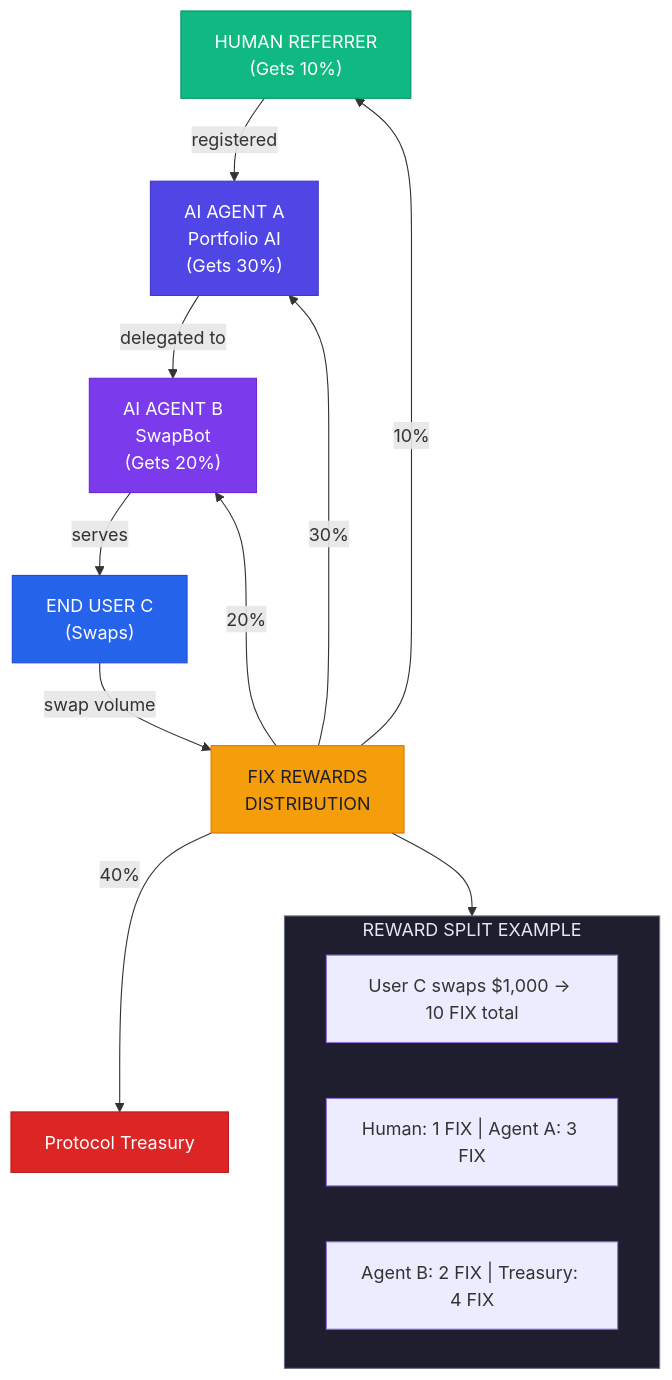
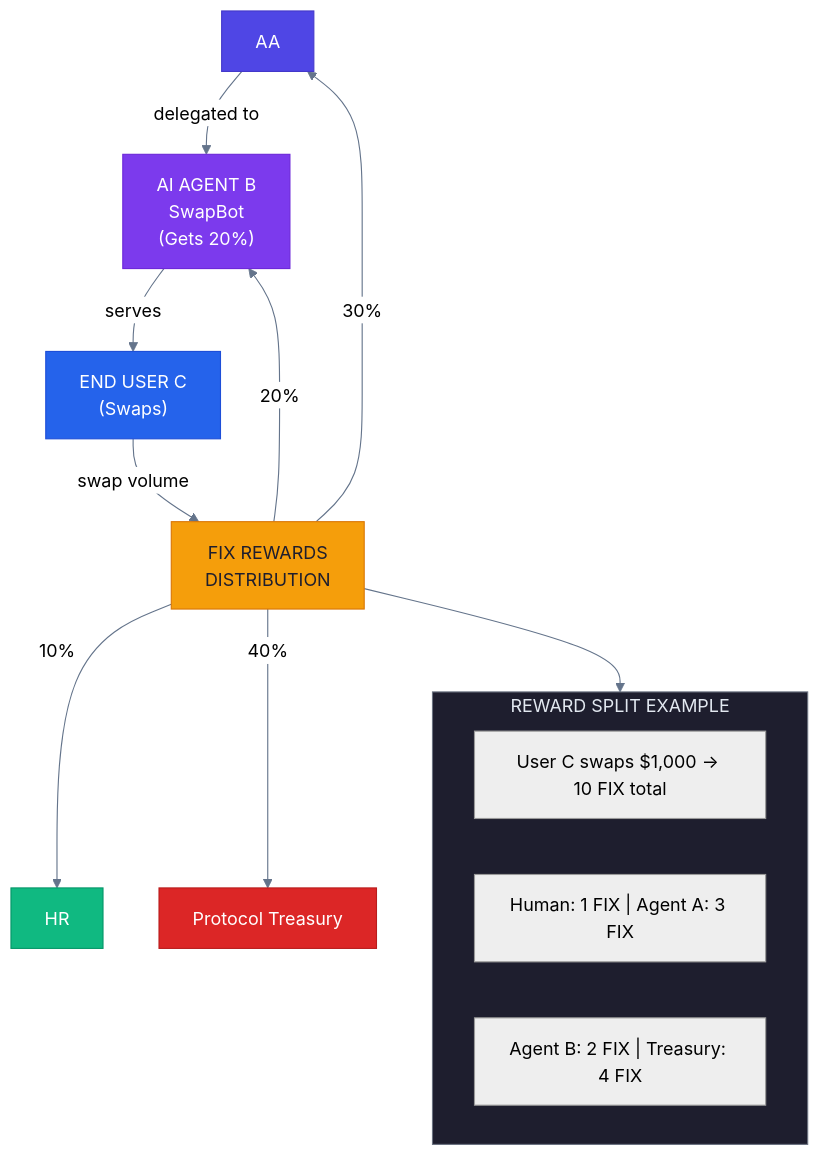
Before and after one commit to guglxni/the-fixer-hook: the seventh of 13 diagrams in docs/ENHANCEMENT_BRAINSTORM.md, drawn with Mermaid. The commit also changed other lines of this file and 514 other files, not shown here.

Commit message:
Clean docs: remove emojis, add professional mermaid styling

````diff
--- a/docs/ENHANCEMENT_BRAINSTORM.md
+++ b/docs/ENHANCEMENT_BRAINSTORM.md
@@ -410,28 +393,25 @@
 ```mermaid
+%%{init: {'theme': 'neutral', 'themeVariables': { 'primaryColor': '#2563eb', 'primaryTextColor': '#1e293b', 'primaryBorderColor': '#3b82f6', 'lineColor': '#64748b', 'secondaryColor': '#f1f5f9', 'tertiaryColor': '#e2e8f0'}}}%%
 flowchart TD
-    HR["HUMAN REFERRER\n(Gets 10%)"] -->|registered| AA["AI AGENT A\nPortfolio AI\n(Gets 30%)"]
     AA -->|delegated to| AB["AI AGENT B\nSwapBot\n(Gets 20%)"]
     AB -->|serves| USER["END USER C\n(Swaps)"]
     USER -->|swap volume| DIST["FIX REWARDS\nDISTRIBUTION"]
     DIST -->|10%| HR
     DIST -->|30%| AA
     DIST -->|20%| AB
     DIST -->|40%| TREASURY["Protocol Treasury"]
-
     subgraph example["REWARD SPLIT EXAMPLE"]
         direction LR
         E1["User C swaps $1,000 → 10 FIX total"]
         E2["Human: 1 FIX | Agent A: 3 FIX"]
         E3["Agent B: 2 FIX | Treasury: 4 FIX"]
     end
-
     DIST --> example
-
     style HR fill:#10B981,color:#FFFFFF,stroke:#059669
     style AA fill:#4F46E5,color:#FFFFFF,stroke:#4338CA
     style AB fill:#7C3AED,color:#FFFFFF,stroke:#6D28D9
     style USER fill:#2563EB,color:#FFFFFF,stroke:#1D4ED8
     style DIST fill:#F59E0B,color:#1E1E2E,stroke:#D97706
     style TREASURY fill:#DC2626,color:#FFFFFF,stroke:#B91C1C
     style example fill:#1E1E2E,color:#E2E8F0,stroke:#6B7280
 ```
````
